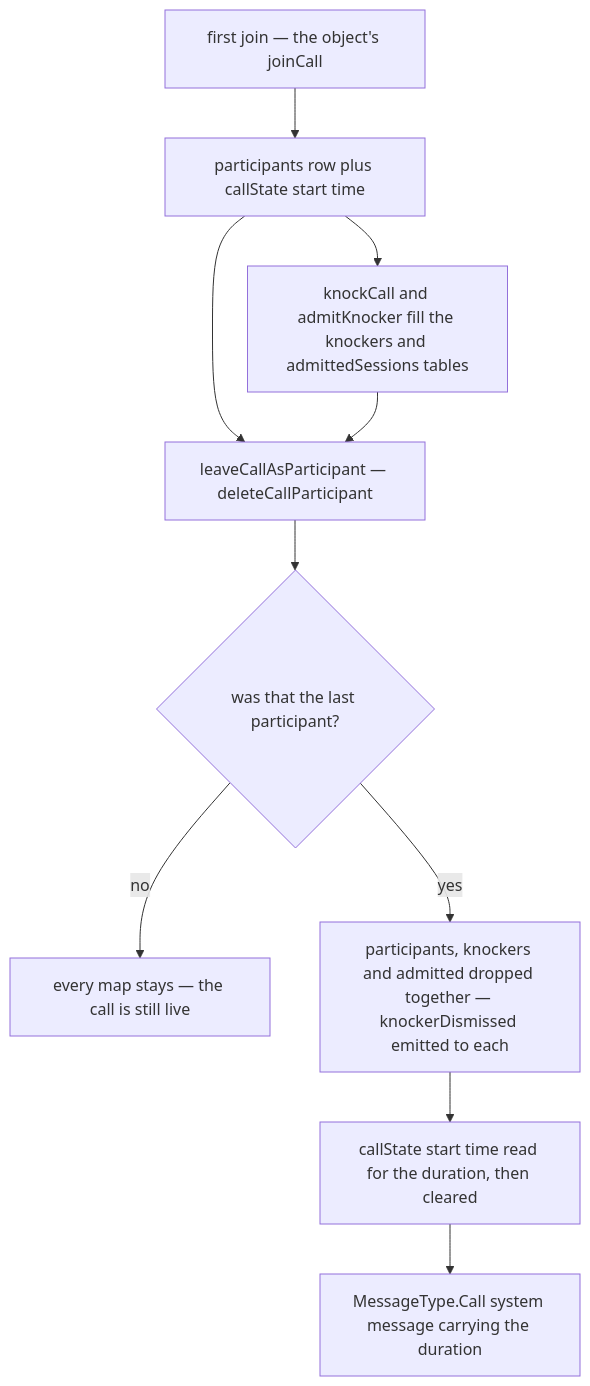
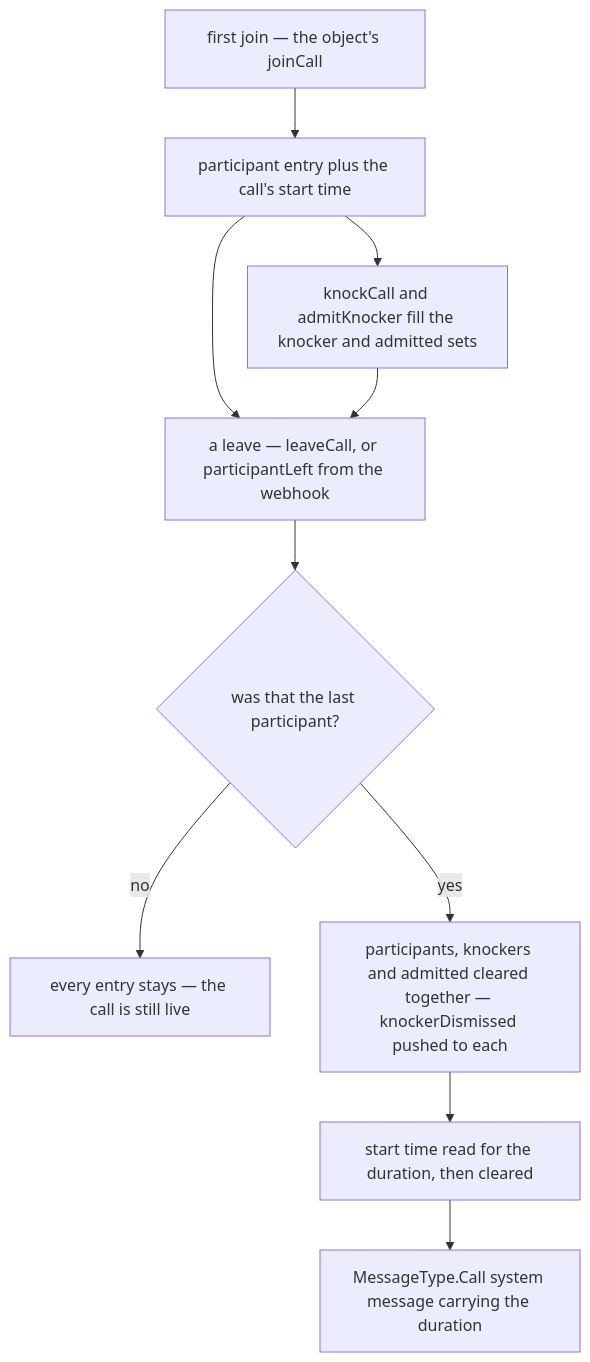
The third of 3 diagrams in openspec/specs/esbabbler/calls/README.md (Esposter/Esposter), drawn with Mermaid before and after one commit. The commit also changed other lines of this file and 5 other files, not shown here.

````diff
--- a/openspec/specs/esbabbler/calls/README.md
+++ b/openspec/specs/esbabbler/calls/README.md
@@ -78,12 +86,12 @@
 ```mermaid
 flowchart TD
-  JOIN["first join — the object's joinCall"] --> CREATE["participants row plus callState start time"]
-  CREATE --> KNOCK["knockCall and admitKnocker fill the knockers and admittedSessions tables"]
-  CREATE --> LEAVE["leaveCallAsParticipant — deleteCallParticipant"]
+  JOIN["first join — the object's joinCall"] --> CREATE["participant entry plus the call's start time"]
+  CREATE --> KNOCK["knockCall and admitKnocker fill the knocker and admitted sets"]
+  CREATE --> LEAVE["a leave — leaveCall, or participantLeft from the webhook"]
   KNOCK --> LEAVE
   LEAVE --> LAST{"was that the last participant?"}
-  LAST -->|"no"| KEEP["every map stays — the call is still live"]
-  LAST -->|"yes"| TEARDOWN["participants, knockers and admitted dropped together — knockerDismissed emitted to each"]
-  TEARDOWN --> DURATION["callState start time read for the duration, then cleared"]
+  LAST -->|"no"| KEEP["every entry stays — the call is still live"]
+  LAST -->|"yes"| TEARDOWN["participants, knockers and admitted cleared together — knockerDismissed pushed to each"]
+  TEARDOWN --> DURATION["start time read for the duration, then cleared"]
   DURATION --> SUMMARY["MessageType.Call system message carrying the duration"]
 ```
````
